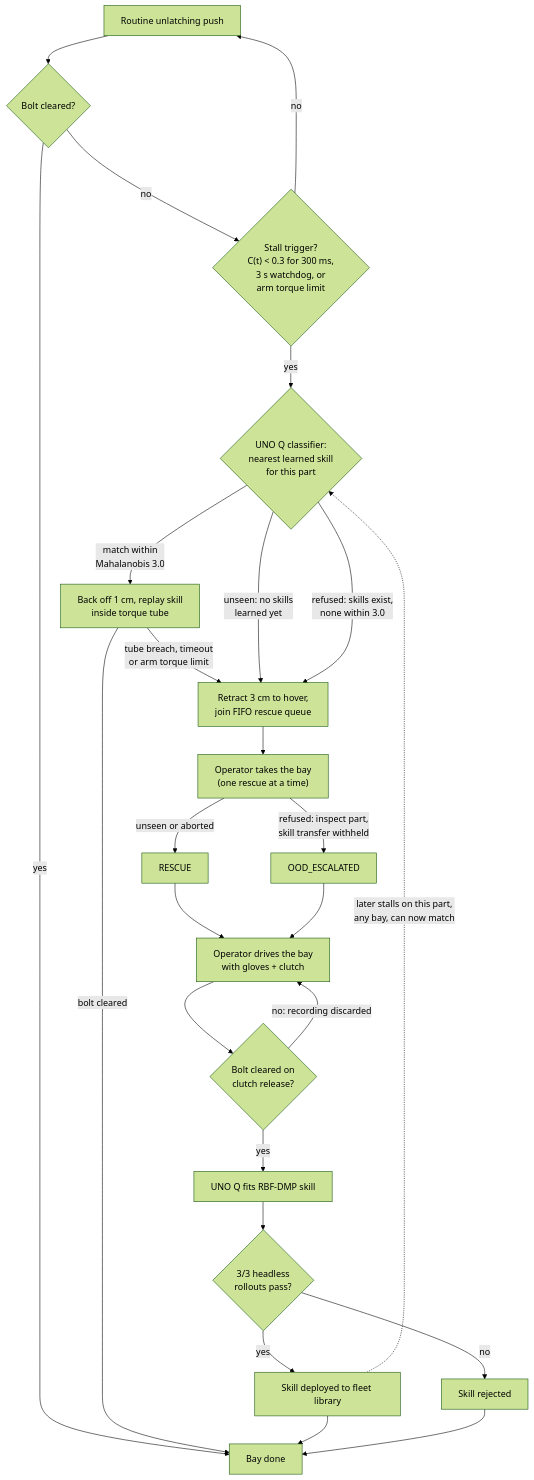
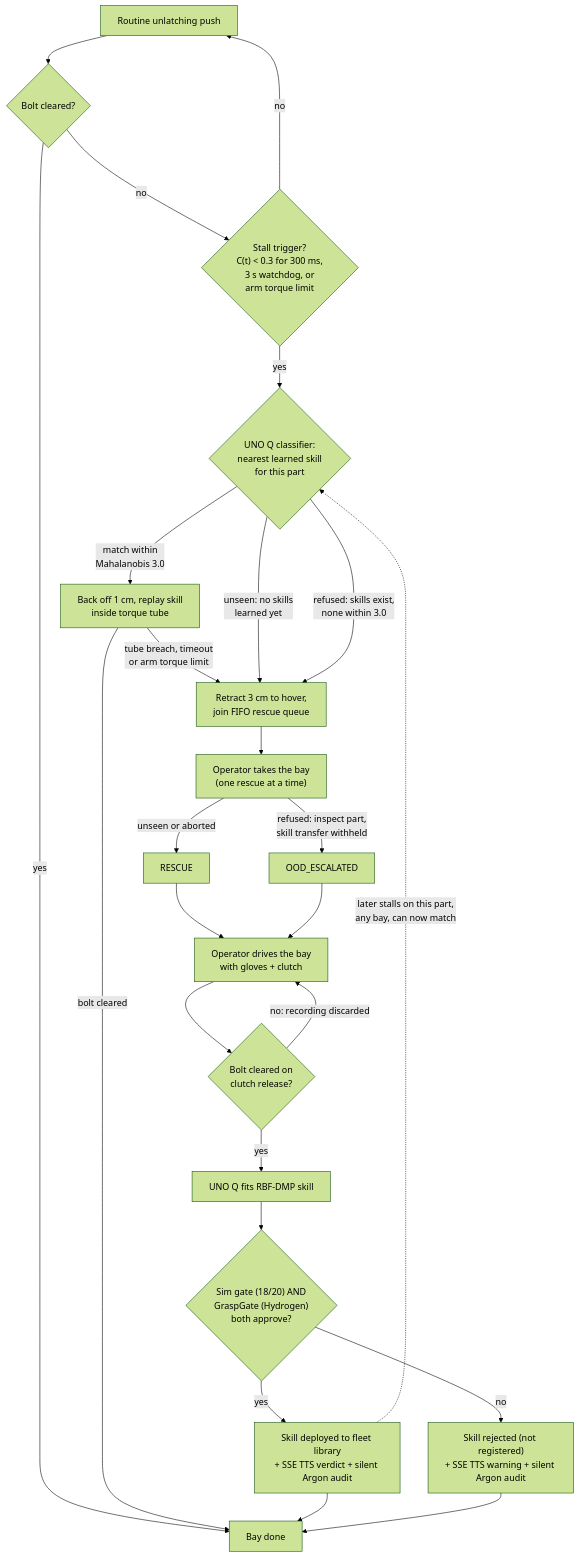
Before and after one commit to Mr-Moody/Dex-ET2: the third of 3 diagrams in README.md, drawn with Mermaid (forest theme). The commit also changed other lines of this file and 44 other files, not shown here.

First line of the commit message:
feat(atc): three-tier Gemini operator copilot (grasp gate, Argon audit, console audit card) (#100)

````diff
--- a/README.md
+++ b/README.md
@@ -67,30 +82,30 @@
 ```mermaid
 flowchart TD
     RUN["Routine unlatching push"] --> CLEAR{"Bolt cleared?"}
     CLEAR -->|yes| DONE["Bay done"]
     CLEAR -->|no| STALL{"Stall trigger?<br/>C(t) &lt; 0.3 for 300 ms,<br/>3 s watchdog, or<br/>arm torque limit"}
     STALL -->|no| RUN
     STALL -->|yes| CLS{"UNO Q classifier:<br/>nearest learned skill<br/>for this part"}
 
     CLS -->|"match within<br/>Mahalanobis 3.0"| AUTO["Back off 1 cm, replay skill<br/>inside torque tube"]
     AUTO -->|"bolt cleared"| DONE
     AUTO -->|"tube breach, timeout<br/>or arm torque limit"| QUEUE
 
     CLS -->|"unseen: no skills<br/>learned yet"| QUEUE["Retract 3 cm to hover,<br/>join FIFO rescue queue"]
     CLS -->|"refused: skills exist,<br/>none within 3.0"| QUEUE
 
     QUEUE --> SLOT["Operator takes the bay<br/>(one rescue at a time)"]
     SLOT -->|"unseen or aborted"| RESCUE["RESCUE"]
     SLOT -->|"refused: inspect part,<br/>skill transfer withheld"| ESC["OOD_ESCALATED"]
     RESCUE --> CLUTCH["Operator drives the bay<br/>with gloves + clutch"]
     ESC --> CLUTCH
     CLUTCH --> CLEARED{"Bolt cleared on<br/>clutch release?"}
     CLEARED -->|"no: recording discarded"| CLUTCH
     CLEARED -->|yes| FIT["UNO Q fits RBF-DMP skill"]
-    FIT --> VAL{"3/3 headless<br/>rollouts pass?"}
-    VAL -->|yes| LIB["Skill deployed to fleet library"]
-    VAL -->|no| REJ["Skill rejected"]
+    FIT --> VAL{"Sim gate (18/20) AND<br/>GraspGate (Hydrogen)<br/>both approve?"}
+    VAL -->|yes| LIB["Skill deployed to fleet library<br/>+ SSE TTS verdict + silent Argon audit"]
+    VAL -->|no| REJ["Skill rejected (not registered)<br/>+ SSE TTS warning + silent Argon audit"]
     LIB --> DONE
     REJ --> DONE
     LIB -.->|"later stalls on this part,<br/>any bay, can now match"| CLS
 ```
````
